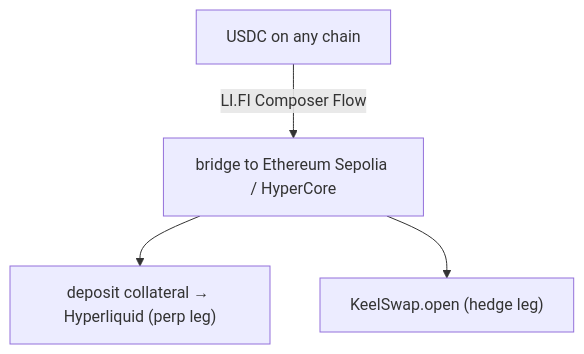
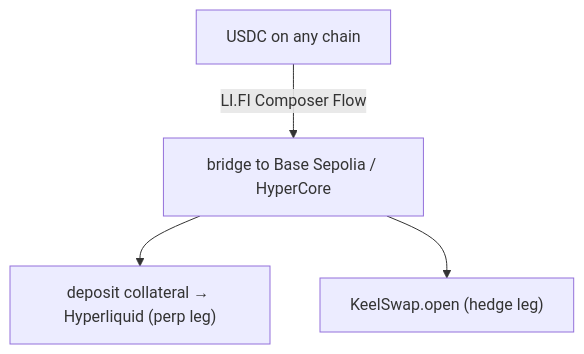
Before and after one commit to 0xYudhishthra/TenorFi: the fourth of 4 diagrams in docs/bounty-integrations.md, drawn with Mermaid. The commit also changed other lines of this file and 6 other files, not shown here.

First line of the commit message:
chore: switch deploy target to Base Sepolia (LI.FI Composer is on Base Sepolia)

````diff
--- a/docs/bounty-integrations.md
+++ b/docs/bounty-integrations.md
@@ -151,6 +151,6 @@
 ```mermaid
 flowchart TB
-    USER["USDC on any chain"] -->|LI.FI Composer Flow| BRIDGE["bridge to Ethereum Sepolia / HyperCore"]
+    USER["USDC on any chain"] -->|LI.FI Composer Flow| BRIDGE["bridge to Base Sepolia / HyperCore"]
     BRIDGE --> DEP["deposit collateral → Hyperliquid (perp leg)"]
     BRIDGE --> OPEN["KeelSwap.open (hedge leg)"]
 ```
````
